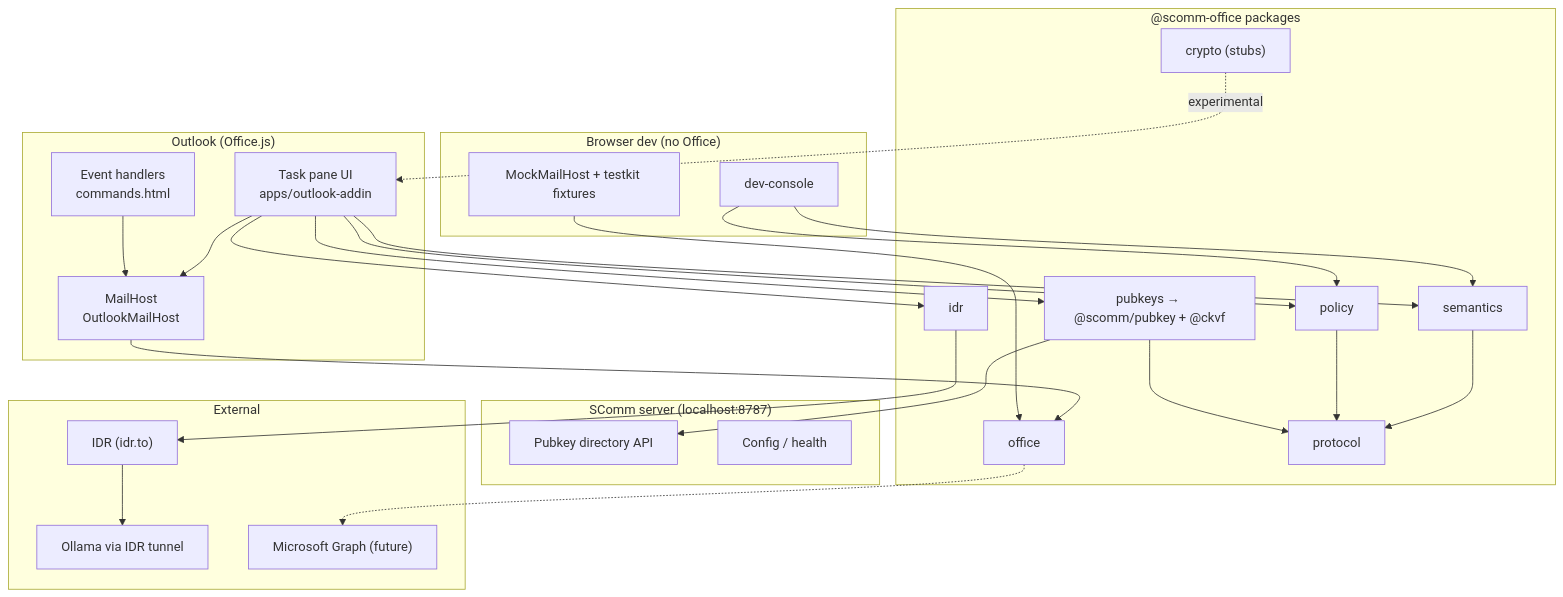
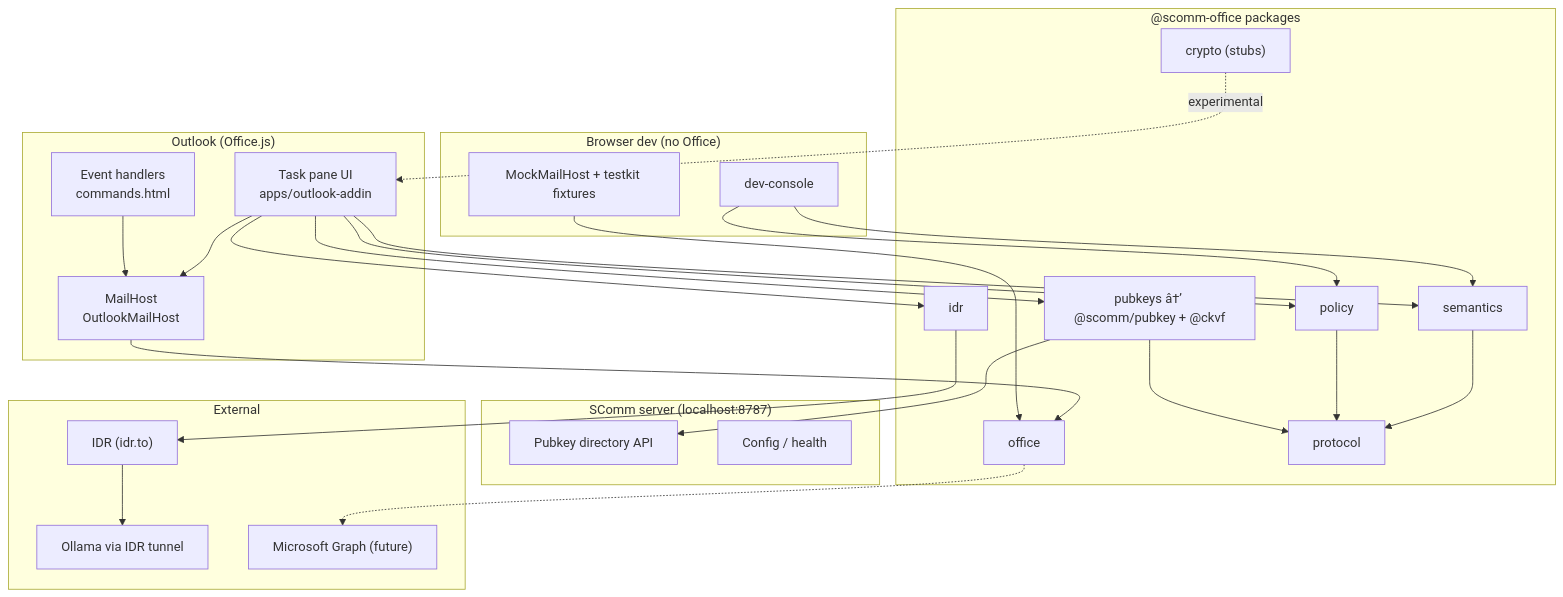
Before and after one commit to scomm-ai/office: the diagram in README.md, drawn with Mermaid. The commit also changed other lines of this file and 16 other files, not shown here.

Commit message:
fix: update references from pubkey.scomm.ai to discovery.scomm.ai across the Outlook add-in

````diff
--- a/README.md
+++ b/README.md
@@ -20,52 +20,52 @@
 ```mermaid
 flowchart TB
   subgraph OutlookHost["Outlook (Office.js)"]
     TP["Task pane UI\napps/outlook-addin"]
     CMD["Event handlers\ncommands.html"]
     MH["MailHost\nOutlookMailHost"]
   end
 
   subgraph BrowserDev["Browser dev (no Office)"]
     MOCK["MockMailHost + testkit fixtures"]
     DC["dev-console"]
   end
 
   subgraph Packages["@scomm-office packages"]
     OFF["office"]
     SEM["semantics"]
     POL["policy"]
-    PK["pubkeys → @scomm/pubkey + @ckvf"]
+    PK["pubkeys â†’ @scomm/pubkey + @ckvf"]
     IDR["idr"]
     PRO["protocol"]
     CRY["crypto (stubs)"]
   end
 
   subgraph Backend["SComm server (localhost:8787)"]
     API["Pubkey directory API"]
     CFG["Config / health"]
   end
 
   subgraph External["External"]
     IDRTO["IDR (idr.to)"]
     OLL["Ollama via IDR tunnel"]
     GRAPH["Microsoft Graph (future)"]
   end
 
   TP --> MH
   CMD --> MH
   MH --> OFF
   TP --> SEM
   TP --> POL
   TP --> PK
   TP --> IDR
   MOCK --> OFF
   DC --> SEM
   DC --> POL
   PK --> API
   IDR --> IDRTO --> OLL
   OFF -.-> GRAPH
   SEM --> PRO
   POL --> PRO
   PK --> PRO
   CRY -. "experimental" .-> TP
 ```
````
